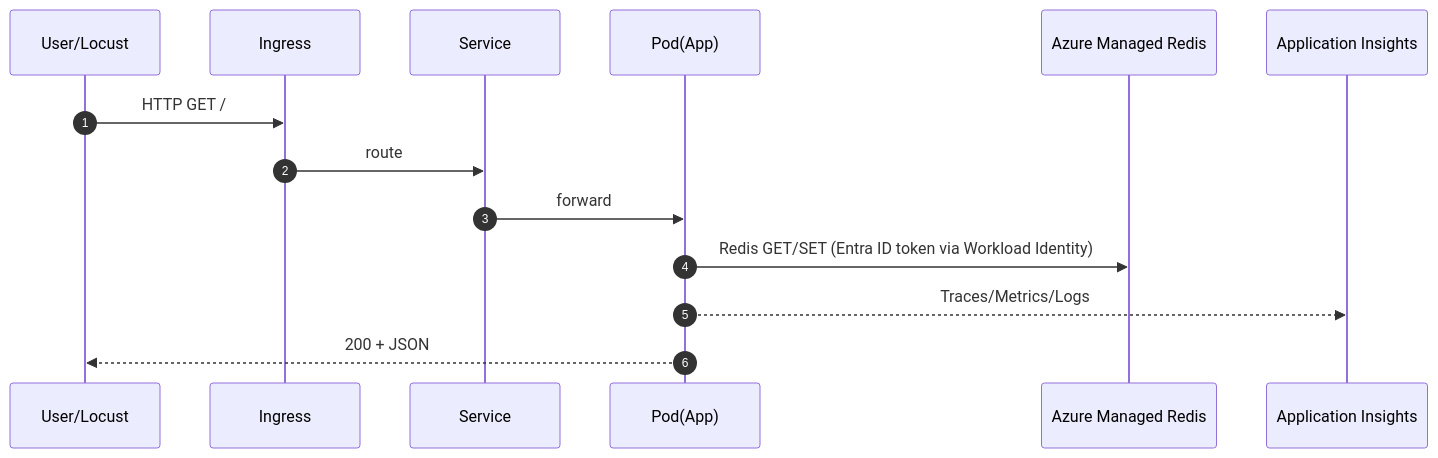
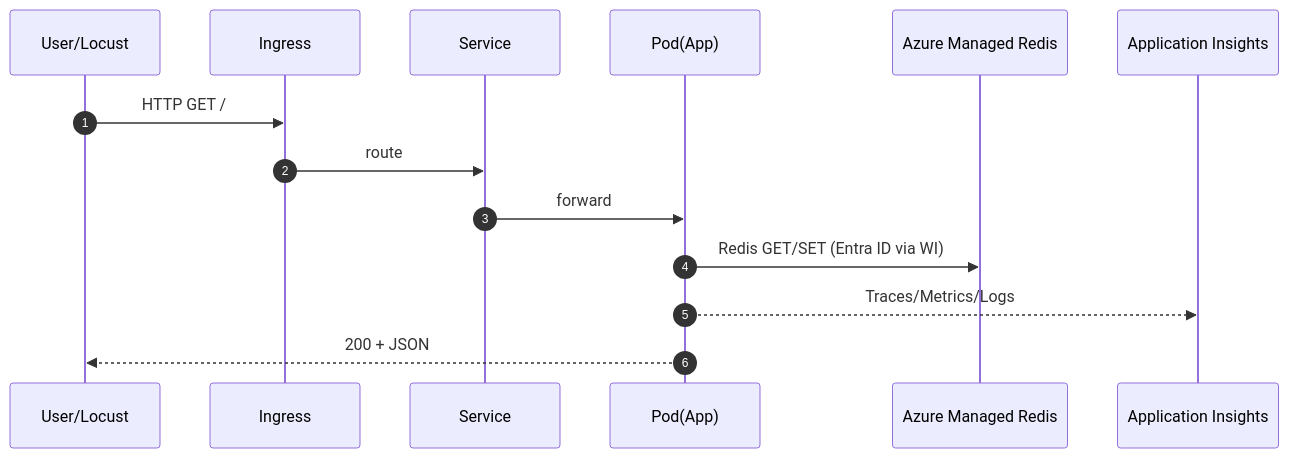
One commit to torumakabe/aks-chaos-lab changed the second of 4 diagrams in docs/design.md. Above: the diagram before and after it, drawn with Mermaid. The commit also changed other lines of this file and 1 other file, not shown here.

Commit message:
docs: add diagrams related to Chaos Mesh

````diff
--- a/docs/design.md
+++ b/docs/design.md
@@ -38,17 +42,17 @@
 ```mermaid
 sequenceDiagram
   autonumber
   participant U as User/Locust
   participant I as Ingress
   participant S as Service
   participant P as Pod(App)
   participant R as Azure Managed Redis
   participant AppInsights as Application Insights
 
   U->>I: HTTP GET /
   I->>S: route
   S->>P: forward
-  P->>R: Redis GET/SET (Entra ID token via Workload Identity)
+  P->>R: Redis GET/SET (Entra ID via WI)
   P-->>AppInsights: Traces/Metrics/Logs
   P-->>U: 200 + JSON
 ```
````
